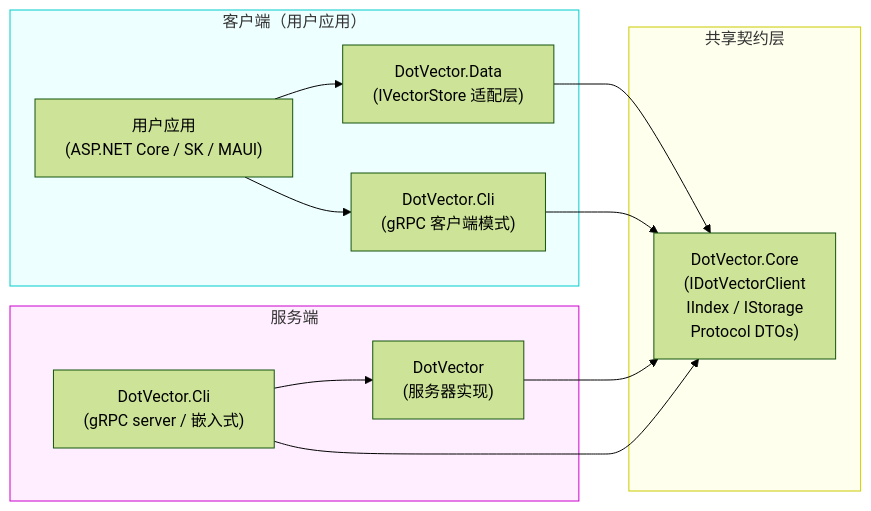
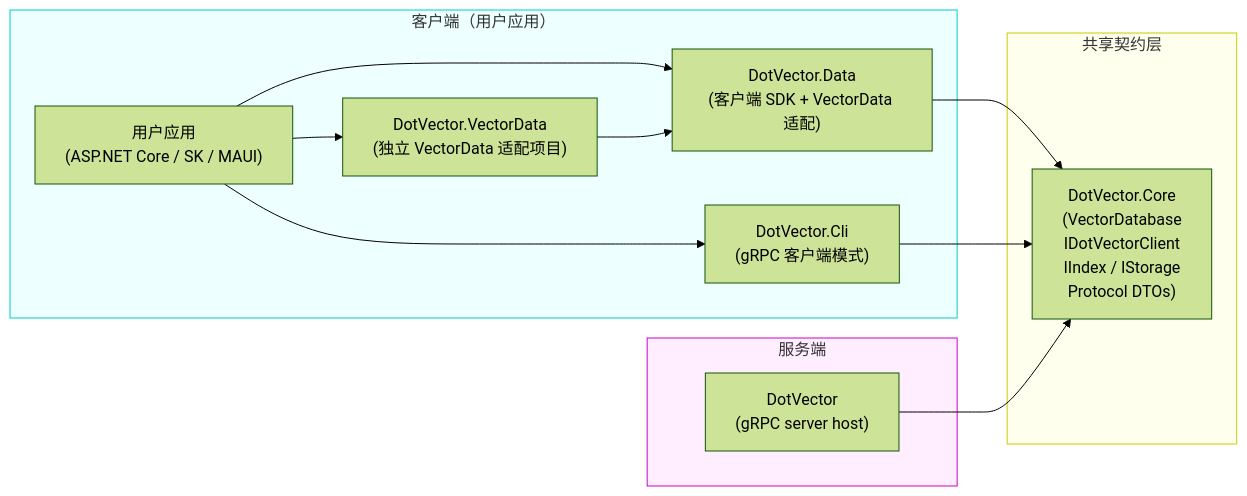
Before and after one commit to IoTSharp/DotVector: the first of 2 diagrams in docs/architecture.md, drawn with Mermaid (forest theme). The commit also changed other lines of this file and 11 other files, not shown here.

````diff
--- a/docs/architecture.md
+++ b/docs/architecture.md
@@ -9,29 +9,29 @@
 ```mermaid
 graph LR
     subgraph Client["客户端（用户应用）"]
         APP["用户应用\n(ASP.NET Core / SK / MAUI)"]
-        DATA["DotVector.Data\n(IVectorStore 适配层)"]
+        DATA["DotVector.Data\n(客户端 SDK + VectorData 适配)"]
+        VDATA["DotVector.VectorData\n(独立 VectorData 适配项目)"]
         CLI2["DotVector.Cli\n(gRPC 客户端模式)"]
     end
 
     subgraph Contract["共享契约层"]
-        CORE["DotVector.Core\n(IDotVectorClient\nIIndex / IStorage\nProtocol DTOs)"]
+        CORE["DotVector.Core\n(VectorDatabase\nIDotVectorClient\nIIndex / IStorage\nProtocol DTOs)"]
     end
 
     subgraph Server["服务端"]
-        SRV["DotVector\n(服务器实现)"]
-        CLI["DotVector.Cli\n(gRPC server / 嵌入式)"]
+        SRV["DotVector\n(gRPC server host)"]
     end
 
     APP --> DATA
+    APP --> VDATA
     APP --> CLI2
     DATA --> CORE
+    VDATA --> DATA
     CLI2 --> CORE
     SRV --> CORE
-    CLI --> SRV
-    CLI --> CORE
 
     style Contract fill:#ffe,stroke:#cc0
     style Client fill:#eff,stroke:#0cc
     style Server fill:#fef,stroke:#c0c
 ```
````
